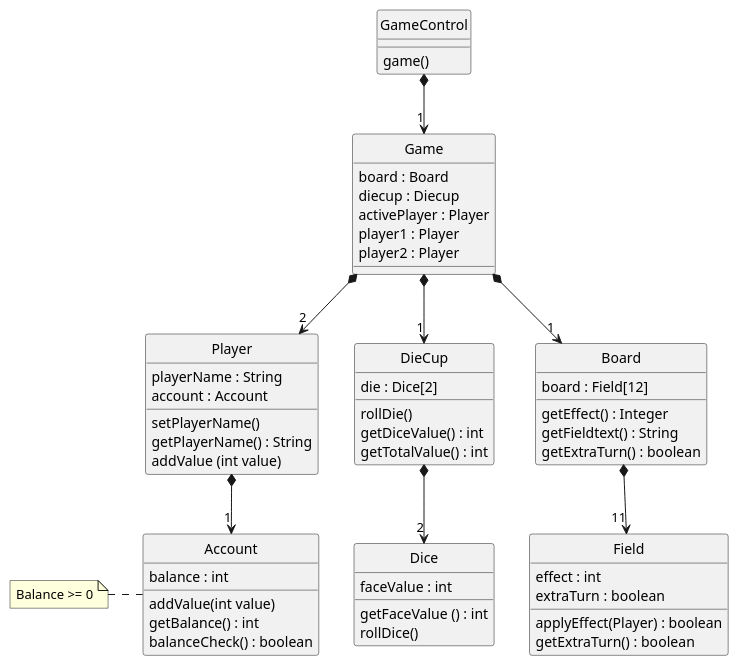
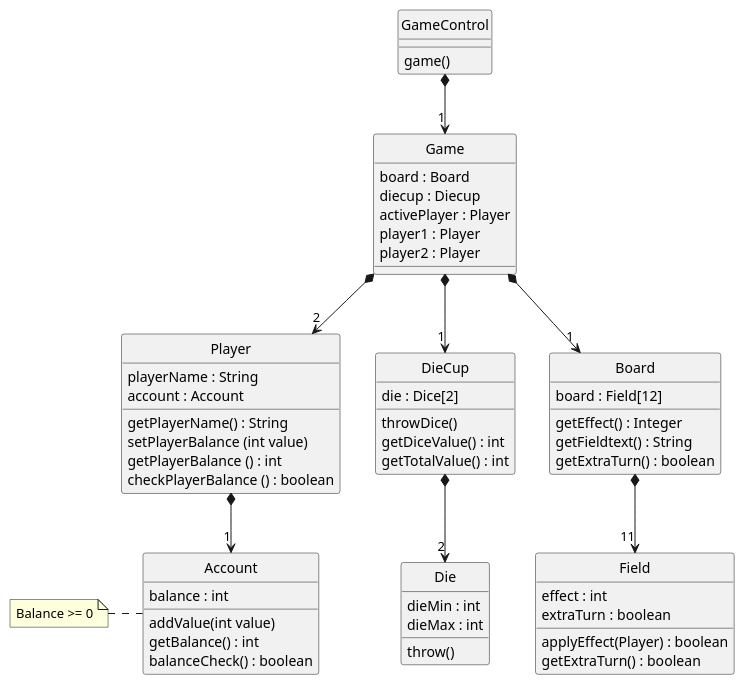
The diagram in src/main/resources/DesignClassDiagram.puml (PhilipCramer/CDIO_del2), drawn with PlantUML before and after one commit. The commit also changed 1 other file, not shown here.

Commit message:
minor changed with names in game, and updated methods in class diagram

```diff
--- a/src/main/resources/DesignClassDiagram.puml
+++ b/src/main/resources/DesignClassDiagram.puml
@@ -1,77 +1,78 @@
 @startuml ClassDiagram
 skinparam style strictuml
 
 class "GameControl" as GameControl {
     
     game()
 }
 
 class "Player" as Player {
     playerName : String
     account : Account
 
-    setPlayerName()
     getPlayerName() : String
-    addValue (int value)
+    setPlayerBalance (int value)
+    getPlayerBalance () : int
+    checkPlayerBalance () : boolean
 
 }
 
 class "Account" as Account {
     balance : int
 
     addValue(int value)
     getBalance() : int
     balanceCheck() : boolean
 }
 note left
     Balance >= 0
     end note
 
 class "DieCup" as Diecup {
     die : Dice[2]
     
-    rollDie()
+    throwDice()
     getDiceValue() : int
     getTotalValue() : int
 }
 
-class "Dice" as Dice {
-    faceValue : int
+class "Die" as Dice {
+    dieMin : int
+    dieMax : int
 
-    getFaceValue () : int
-    rollDice()
+    throw()
 }
 
 class "Board" as Board {
     board : Field[12]
 
     getEffect() : Integer
     getFieldtext() : String
     getExtraTurn() : boolean
 }
 
 class "Field" as Field {
     effect : int
     extraTurn : boolean
 
     applyEffect(Player) : boolean
     getExtraTurn() : boolean
 }
 
 class "Game" as Game{
     board : Board
     diecup : Diecup
     activePlayer : Player
     player1 : Player
     player2 : Player
 }
 
 
 Player *--> "1" Account
 GameControl *--> "1" Game
 Game *--> "2" Player 
 Game *--> "1" Board
 Board  *--> "11" Field
 Game  *--> "1" Diecup
 Diecup *--> "2" Dice
 @enduml
```
